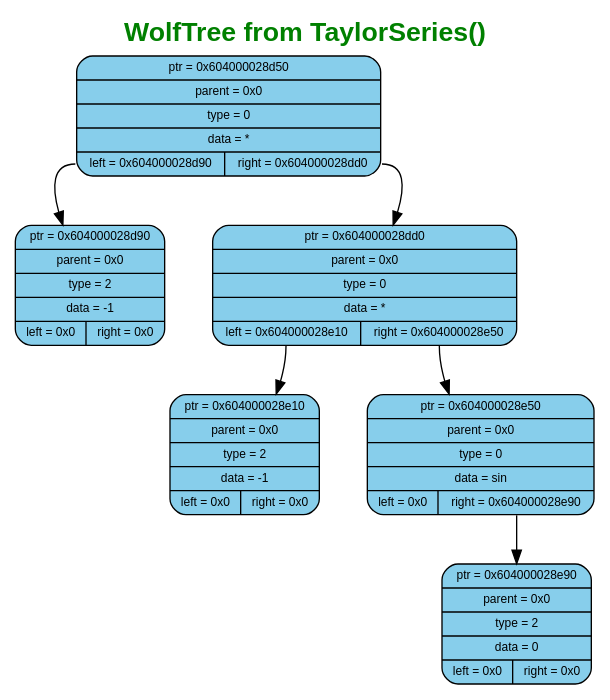
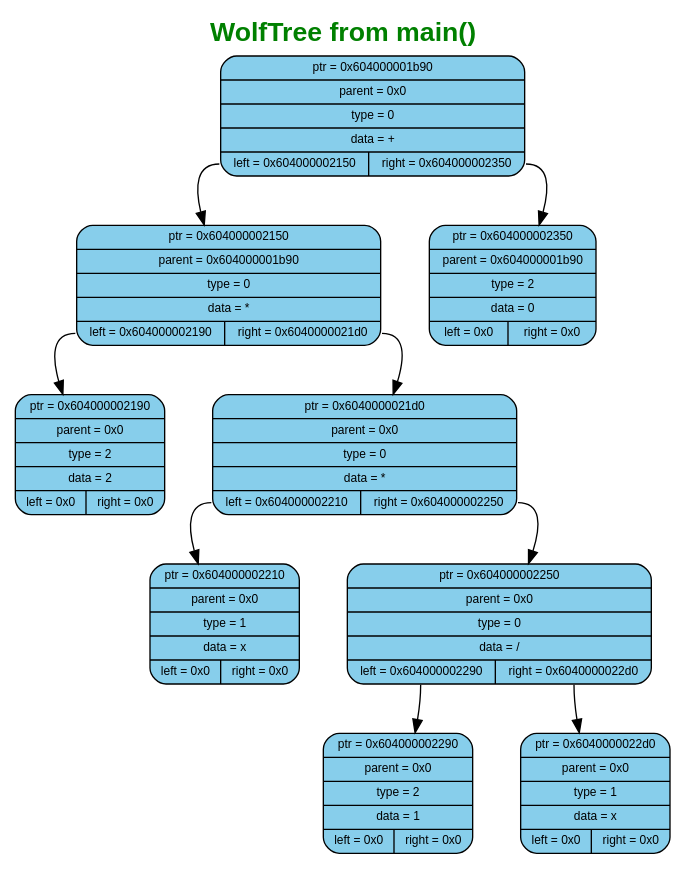
The diagram in WOLFRAM_SIGMA/ReportFiles/graphs/graph4/wolf.dot (murugov/WolframSigma), drawn with Graphviz before and after one commit. The commit also changed 54 other files, not shown here.

```diff
--- a/WOLFRAM_SIGMA/ReportFiles/graphs/graph4/wolf.dot
+++ b/WOLFRAM_SIGMA/ReportFiles/graphs/graph4/wolf.dot
@@ -1,25 +1,31 @@
 digraph G {
-	label=<<B>WolfTree from TaylorSeries()</B>>;
+	label=<<B>WolfTree from main()</B>>;
 	fontcolor="#008000";
 	fontname="Arial";
 	labelloc="top";
 	labeljust="center";
 	fontsize=20;
 	rankdir=TB;
 	center=true;
 	nodesep=0.5;
 	ranksep=0.5;
 	node[fontsize=9, shape=box, width=0.7, height=0.4, style="filled, rounded", fontname="Arial"];
 
-	n0 [shape=record, label="{ptr = 0x604000028d50 | parent = 0x0 | type = 0 | data = * | {<left> left = 0x604000028d90 | <right> right = 0x604000028dd0}}", fillcolor="#87CEEB", color="black"]
-	n1 [shape=record, label="{ptr = 0x604000028d90 | parent = 0x0 | type = 2 | data = -1 | {<left> left = 0x0 | <right> right = 0x0}}", fillcolor="#87CEEB", color="black"]
+	n0 [shape=record, label="{ptr = 0x604000001b90 | parent = 0x0 | type = 0 | data = + | {<left> left = 0x604000002150 | <right> right = 0x604000002350}}", fillcolor="#87CEEB", color="black"]
+	n1 [shape=record, label="{ptr = 0x604000002150 | parent = 0x604000001b90 | type = 0 | data = * | {<left> left = 0x604000002190 | <right> right = 0x6040000021d0}}", fillcolor="#87CEEB", color="black"]
 	n0:left -> n1
-	n2 [shape=record, label="{ptr = 0x604000028dd0 | parent = 0x0 | type = 0 | data = * | {<left> left = 0x604000028e10 | <right> right = 0x604000028e50}}", fillcolor="#87CEEB", color="black"]
+	n2 [shape=record, label="{ptr = 0x604000002350 | parent = 0x604000001b90 | type = 2 | data = 0 | {<left> left = 0x0 | <right> right = 0x0}}", fillcolor="#87CEEB", color="black"]
 	n0:right -> n2
-	n3 [shape=record, label="{ptr = 0x604000028e10 | parent = 0x0 | type = 2 | data = -1 | {<left> left = 0x0 | <right> right = 0x0}}", fillcolor="#87CEEB", color="black"]
-	n2:left -> n3
-	n4 [shape=record, label="{ptr = 0x604000028e50 | parent = 0x0 | type = 0 | data = sin | {<left> left = 0x0 | <right> right = 0x604000028e90}}", fillcolor="#87CEEB", color="black"]
-	n2:right -> n4
-	n5 [shape=record, label="{ptr = 0x604000028e90 | parent = 0x0 | type = 2 | data = 0 | {<left> left = 0x0 | <right> right = 0x0}}", fillcolor="#87CEEB", color="black"]
-	n4:right -> n5
+	n3 [shape=record, label="{ptr = 0x604000002190 | parent = 0x0 | type = 2 | data = 2 | {<left> left = 0x0 | <right> right = 0x0}}", fillcolor="#87CEEB", color="black"]
+	n1:left -> n3
+	n4 [shape=record, label="{ptr = 0x6040000021d0 | parent = 0x0 | type = 0 | data = * | {<left> left = 0x604000002210 | <right> right = 0x604000002250}}", fillcolor="#87CEEB", color="black"]
+	n1:right -> n4
+	n5 [shape=record, label="{ptr = 0x604000002210 | parent = 0x0 | type = 1 | data = x | {<left> left = 0x0 | <right> right = 0x0}}", fillcolor="#87CEEB", color="black"]
+	n4:left -> n5
+	n6 [shape=record, label="{ptr = 0x604000002250 | parent = 0x0 | type = 0 | data = / | {<left> left = 0x604000002290 | <right> right = 0x6040000022d0}}", fillcolor="#87CEEB", color="black"]
+	n4:right -> n6
+	n7 [shape=record, label="{ptr = 0x604000002290 | parent = 0x0 | type = 2 | data = 1 | {<left> left = 0x0 | <right> right = 0x0}}", fillcolor="#87CEEB", color="black"]
+	n6:left -> n7
+	n8 [shape=record, label="{ptr = 0x6040000022d0 | parent = 0x0 | type = 1 | data = x | {<left> left = 0x0 | <right> right = 0x0}}", fillcolor="#87CEEB", color="black"]
+	n6:right -> n8
 }
```
